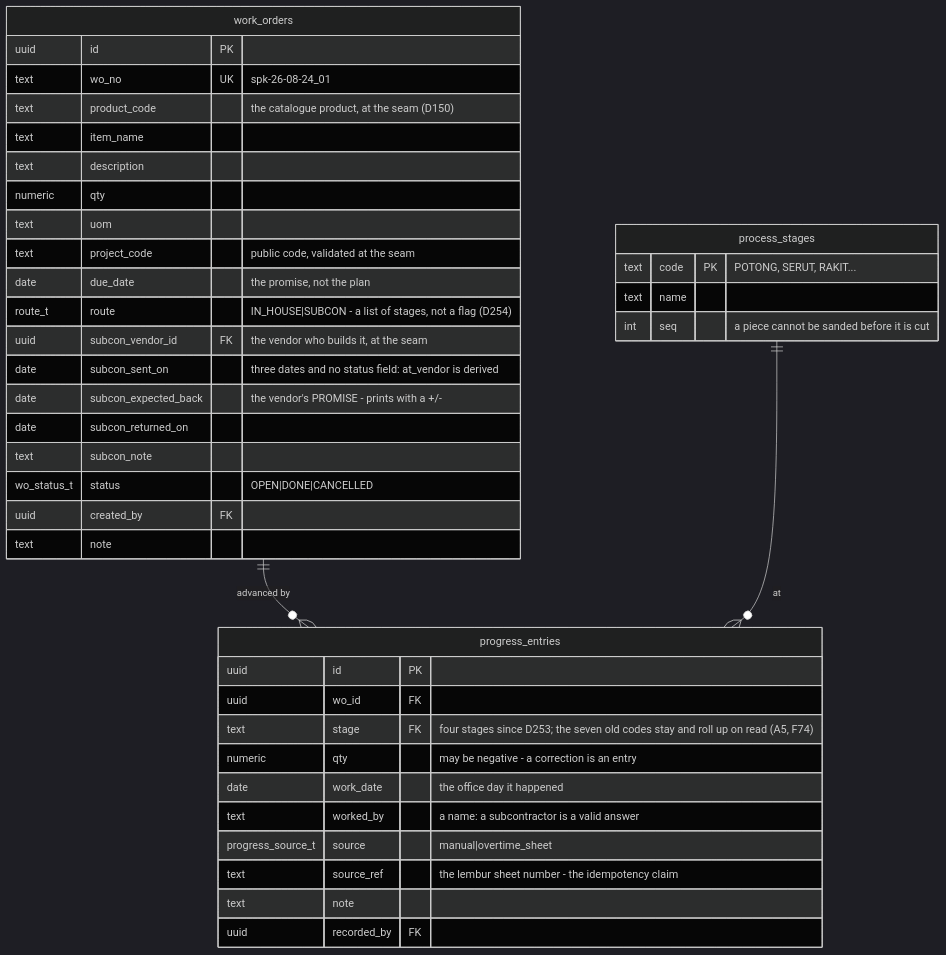
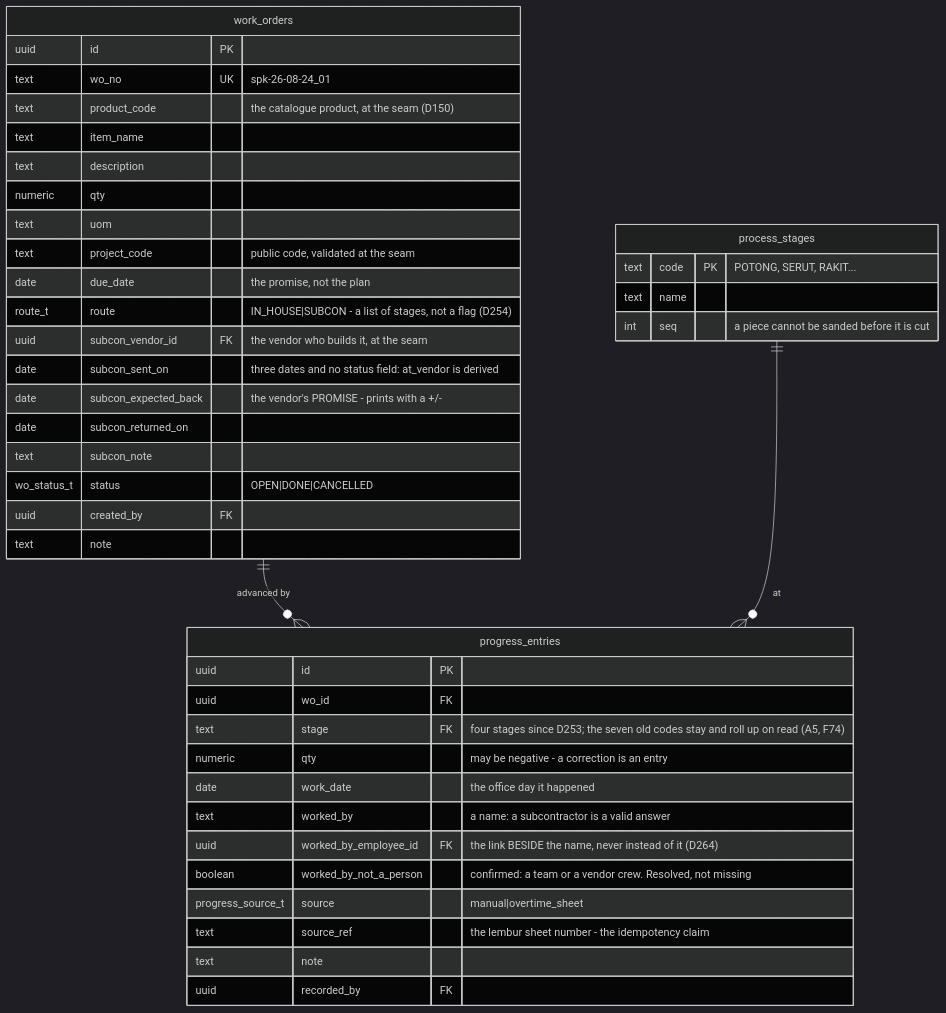
Diagram 11 of 14 in docs/plan/02-database.md (talait/ops-talaliving), drawn with Mermaid (dark theme) before and after one commit. The commit also changed other lines of this file and 27 other files, not shown here.

````diff
--- a/docs/plan/02-database.md
+++ b/docs/plan/02-database.md
@@ -1711,43 +1731,45 @@
 ```mermaid
 erDiagram
     work_orders ||--o{ progress_entries : "advanced by"
     process_stages ||--o{ progress_entries : "at"
 
     process_stages {
         text code PK "POTONG, SERUT, RAKIT..."
         text name
         int seq "a piece cannot be sanded before it is cut"
     }
     work_orders {
         uuid id PK
         text wo_no UK "spk-26-08-24_01"
         text product_code "the catalogue product, at the seam (D150)"
         text item_name
         text description
         numeric qty
         text uom
         text project_code "public code, validated at the seam"
         date due_date "the promise, not the plan"
         route_t route "IN_HOUSE|SUBCON - a list of stages, not a flag (D254)"
         uuid subcon_vendor_id FK "the vendor who builds it, at the seam"
         date subcon_sent_on "three dates and no status field: at_vendor is derived"
         date subcon_expected_back "the vendor's PROMISE - prints with a +/-"
         date subcon_returned_on
         text subcon_note
         wo_status_t status "OPEN|DONE|CANCELLED"
         uuid created_by FK
         text note
     }
     progress_entries {
         uuid id PK
         uuid wo_id FK
         text stage FK "four stages since D253; the seven old codes stay and roll up on read (A5, F74)"
         numeric qty "may be negative - a correction is an entry"
         date work_date "the office day it happened"
         text worked_by "a name: a subcontractor is a valid answer"
+        uuid worked_by_employee_id FK "the link BESIDE the name, never instead of it (D264)"
+        boolean worked_by_not_a_person "confirmed: a team or a vendor crew. Resolved, not missing"
         progress_source_t source "manual|overtime_sheet"
         text source_ref "the lembur sheet number - the idempotency claim"
         text note
         uuid recorded_by FK
     }
 ```
````
